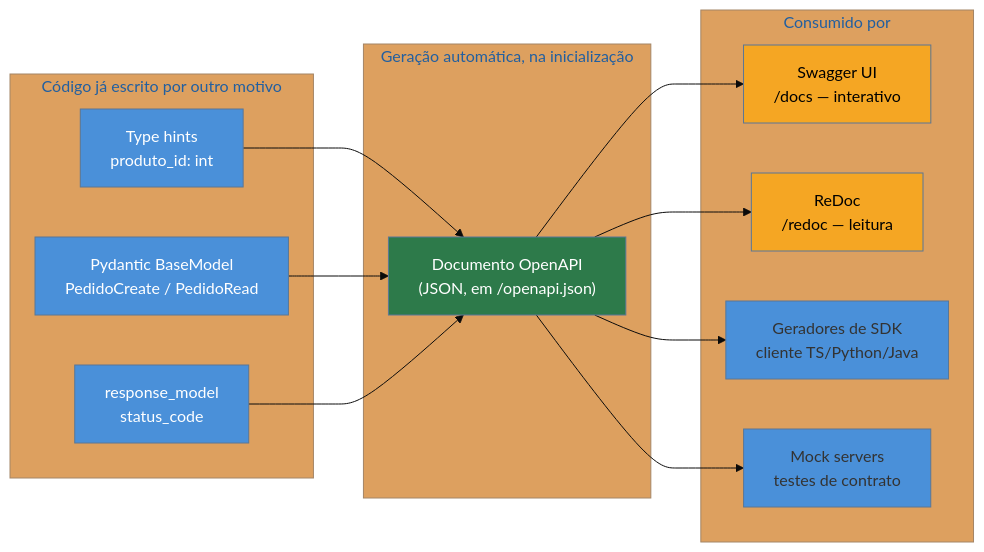
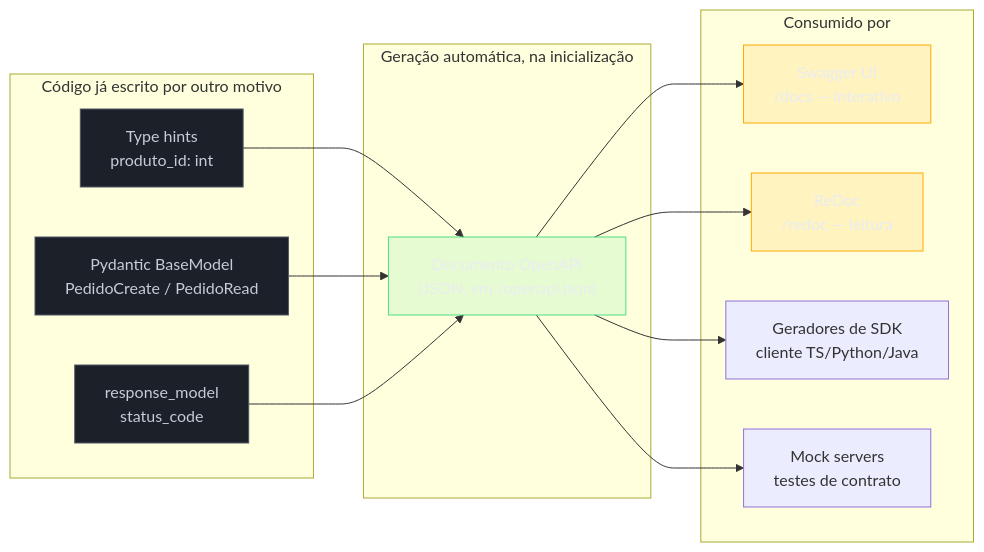
The diagram in 03-Dominios/Tecnologia/Python/Web e APIs REST/08 - Documentação automática com OpenAPI.md (josenaldo/codex-technomanticus), drawn with Mermaid before and after one commit. The commit also changed 1181 other files, not shown here.

First line of the commit message:
fix(diagramas): paleta do sistema no lugar de cor cravada no markdown

````diff
--- a/03-Dominios/Tecnologia/Python/Web e APIs REST/08 - Documentação automática com OpenAPI.md
+++ b/03-Dominios/Tecnologia/Python/Web e APIs REST/08 - Documentação automática com OpenAPI.md
@@ -152,35 +152,37 @@
 ```mermaid
-%%{init: {"theme": "base", "themeVariables": {"primaryColor": "#4A90D9"}}}%%
 flowchart LR
+    classDef neutro fill:#1B2029,stroke:#4E5666,color:#C6CCD8
+    classDef ok fill:#4ADE8021,stroke:#4ADE80,color:#E9ECF2
+    classDef destaque fill:#FFAA0024,stroke:#FFAA00,color:#E9ECF2
     subgraph Codigo["Código já escrito por outro motivo"]
         TH["Type hints\nproduto_id: int"]
         BM["Pydantic BaseModel\nPedidoCreate / PedidoRead"]
         RM["response_model\nstatus_code"]
     end
 
     subgraph Geracao["Geração automática, na inicialização"]
         SPEC["Documento OpenAPI\n(JSON, em /openapi.json)"]
     end
 
     subgraph Consumo["Consumido por"]
         SWAGGER["Swagger UI\n/docs — interativo"]
         REDOC["ReDoc\n/redoc — leitura"]
         SDK["Geradores de SDK\ncliente TS/Python/Java"]
         MOCK["Mock servers\ntestes de contrato"]
     end
 
     TH --> SPEC
     BM --> SPEC
     RM --> SPEC
     SPEC --> SWAGGER
     SPEC --> REDOC
     SPEC --> SDK
     SPEC --> MOCK
 
-    style TH fill:#4A90D9,color:#fff
-    style BM fill:#4A90D9,color:#fff
-    style RM fill:#4A90D9,color:#fff
-    style SPEC fill:#2d7a4a,color:#fff
-    style SWAGGER fill:#F5A623,color:#000
-    style REDOC fill:#F5A623,color:#000
+    class TH neutro
+    class BM neutro
+    class RM neutro
+    class SPEC ok
+    class SWAGGER destaque
+    class REDOC destaque
 ```
````
